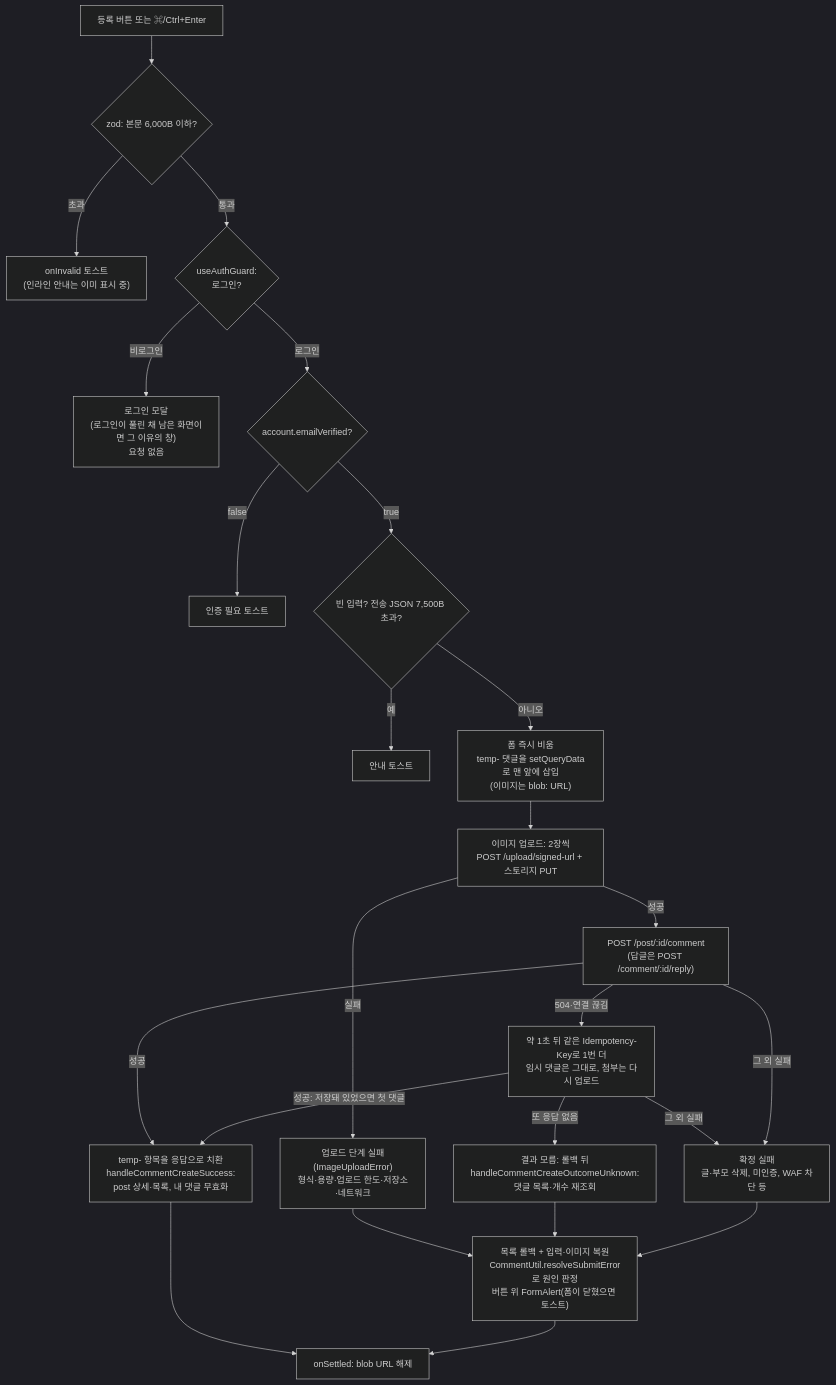
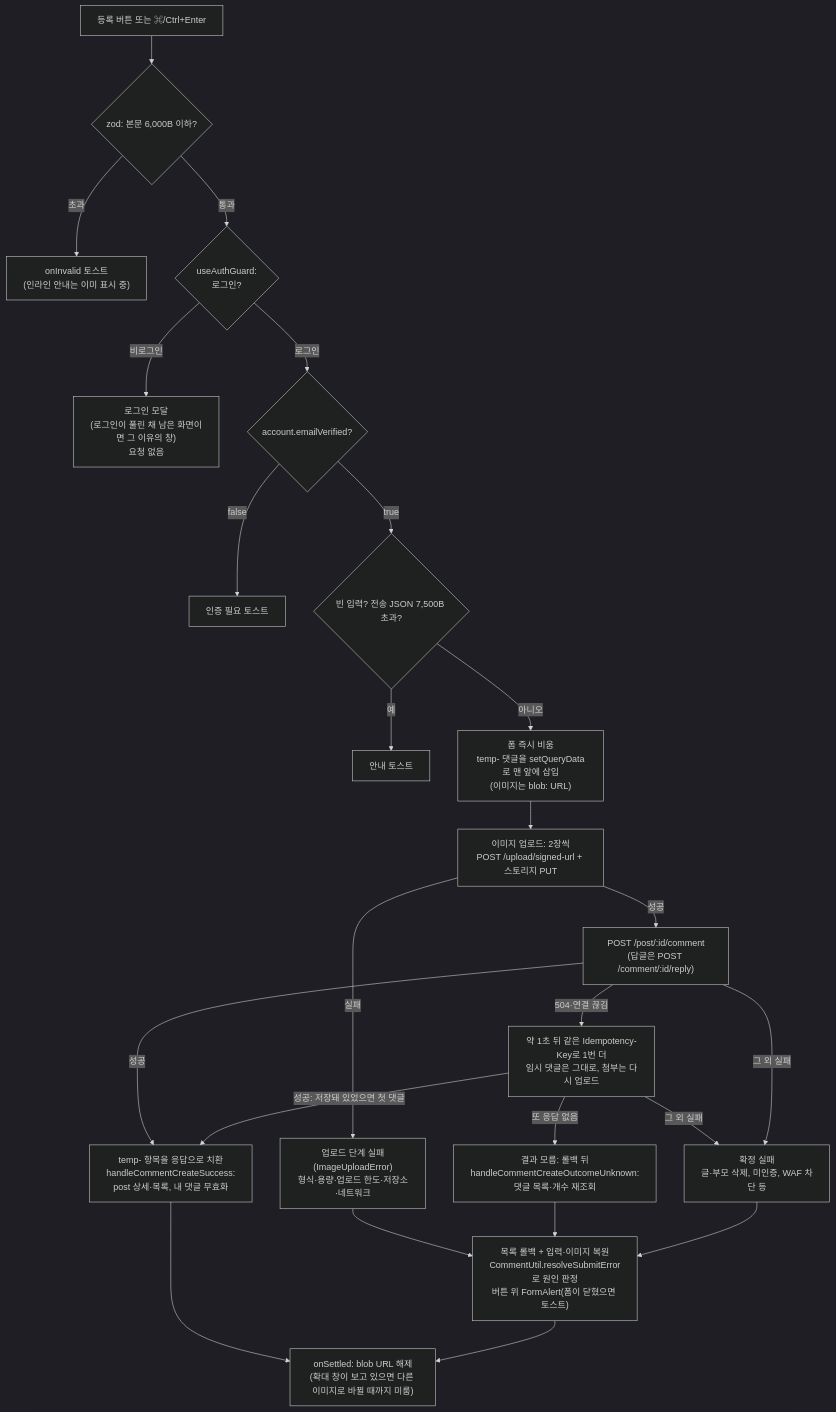
The first of 4 diagrams in docs/COMMENT.md (BAECHAN/link-sphere_FE_NEW), drawn with Mermaid (dark theme) before and after one commit. The commit also changed other lines of this file and 7 other files, not shown here.

````diff
--- a/docs/COMMENT.md
+++ b/docs/COMMENT.md
@@ -35,26 +35,26 @@
 ```mermaid
 flowchart TD
   Click["등록 버튼 또는 ⌘/Ctrl+Enter"] --> Zod{"zod: 본문 6,000B 이하?"}
   Zod -->|"초과"| TooLong["onInvalid 토스트<br/>(인라인 안내는 이미 표시 중)"]
   Zod -->|"통과"| Guard{"useAuthGuard:<br/>로그인?"}
   Guard -->|"비로그인"| LoginModal["로그인 모달<br/>(로그인이 풀린 채 남은 화면이면 그 이유의 창)<br/>요청 없음"]
   Guard -->|"로그인"| Verified{"account.emailVerified?"}
   Verified -->|"false"| VerifyToast["인증 필요 토스트"]
   Verified -->|"true"| Payload{"빈 입력? 전송 JSON 7,500B 초과?"}
   Payload -->|"예"| PayloadToast["안내 토스트"]
   Payload -->|"아니오"| Optimistic["폼 즉시 비움<br/>temp- 댓글을 setQueryData로 맨 앞에 삽입<br/>(이미지는 blob: URL)"]
   Optimistic --> Upload["이미지 업로드: 2장씩<br/>POST /upload/signed-url + 스토리지 PUT"]
   Upload -->|"실패"| UploadFail["업로드 단계 실패(ImageUploadError)<br/>형식·용량·업로드 한도·저장소·네트워크"]
   Upload -->|"성공"| Post["POST /post/:id/comment<br/>(답글은 POST /comment/:id/reply)"]
   Post -->|"성공"| Replace["temp- 항목을 응답으로 치환<br/>handleCommentCreateSuccess:<br/>post 상세·목록, 내 댓글 무효화"]
   Post -->|"504·연결 끊김"| Resend["약 1초 뒤 같은 Idempotency-Key로 1번 더<br/>임시 댓글은 그대로, 첨부는 다시 업로드"]
   Resend -->|"성공: 저장돼 있었으면 첫 댓글"| Replace
   Resend -->|"그 외 실패"| Settled
   Resend -->|"또 응답 없음"| Unknown["결과 모름: 롤백 뒤<br/>handleCommentCreateOutcomeUnknown:<br/>댓글 목록·개수 재조회"]
   Post -->|"그 외 실패"| Settled["확정 실패<br/>글·부모 삭제, 미인증, WAF 차단 등"]
   UploadFail --> Rollback["목록 롤백 + 입력·이미지 복원<br/>CommentUtil.resolveSubmitError로 원인 판정<br/>버튼 위 FormAlert(폼이 닫혔으면 토스트)"]
   Unknown --> Rollback
   Settled --> Rollback
-  Replace --> Revoke["onSettled: blob URL 해제"]
+  Replace --> Revoke["onSettled: blob URL 해제<br/>(확대 창이 보고 있으면 다른 이미지로 바뀔 때까지 미룸)"]
   Rollback --> Revoke
 ```
````
